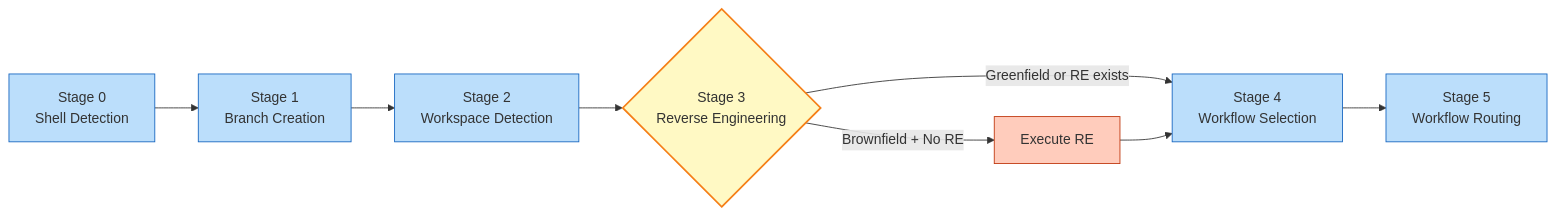
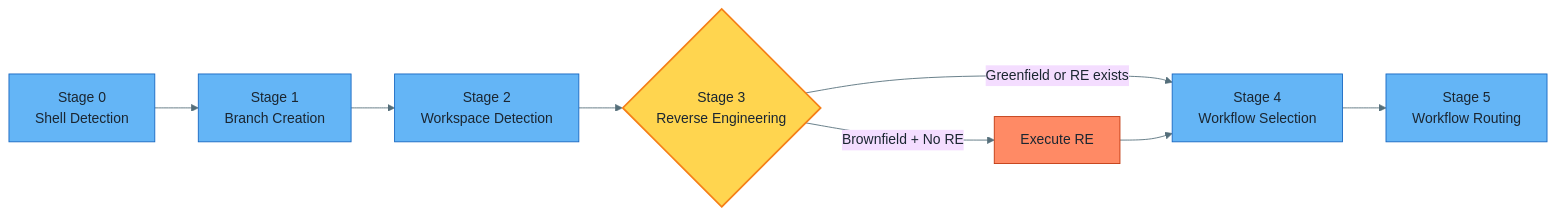
One commit to premkumarjanagarajan/fluid-flow-ai changed the third of 26 diagrams in docs/WORKFLOW-FULL-DETAILED.md. Above: the diagram before and after it, drawn with Mermaid. The commit also changed other lines of this file, not shown here.

First line of the commit message:
Fix mermaid diagram colors for dark/light theme compatibility

````diff
--- a/docs/WORKFLOW-FULL-DETAILED.md
+++ b/docs/WORKFLOW-FULL-DETAILED.md
@@ -178,18 +190,19 @@
 ```mermaid
+%%{init: {'theme': 'base', 'themeVariables': {'primaryTextColor': '#1B2631', 'lineColor': '#546E7A', 'textColor': '#1B2631'}}}%%
 flowchart LR
     S0["Stage 0<br/>Shell Detection"] --> S1["Stage 1<br/>Branch Creation"]
     S1 --> S2["Stage 2<br/>Workspace Detection"]
     S2 --> S3{"Stage 3<br/>Reverse Engineering"}
     S3 -->|Brownfield + No RE| RE["Execute RE"]
     S3 -->|Greenfield or RE exists| S4
     RE --> S4["Stage 4<br/>Workflow Selection"]
     S4 --> S5["Stage 5<br/>Workflow Routing"]
 
-    style S0 fill:#BBDEFB,stroke:#1565C0
-    style S1 fill:#BBDEFB,stroke:#1565C0
-    style S2 fill:#BBDEFB,stroke:#1565C0
-    style S3 fill:#FFF9C4,stroke:#F57F17,stroke-width:2px
-    style S4 fill:#BBDEFB,stroke:#1565C0
-    style S5 fill:#BBDEFB,stroke:#1565C0
-    style RE fill:#FFCCBC,stroke:#BF360C
+    style S0 fill:#64B5F6,stroke:#1565C0
+    style S1 fill:#64B5F6,stroke:#1565C0
+    style S2 fill:#64B5F6,stroke:#1565C0
+    style S3 fill:#FFD54F,stroke:#F57F17,stroke-width:2px
+    style S4 fill:#64B5F6,stroke:#1565C0
+    style S5 fill:#64B5F6,stroke:#1565C0
+    style RE fill:#FF8A65,stroke:#BF360C
 ```
````
